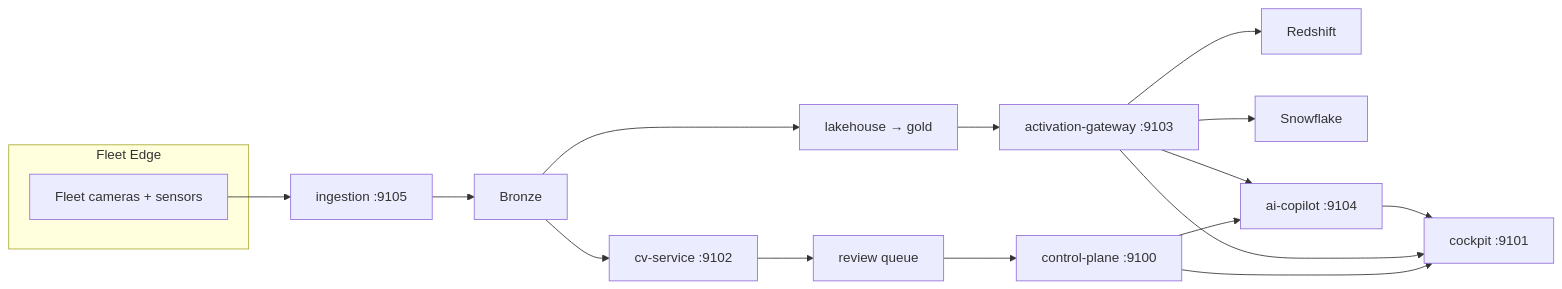
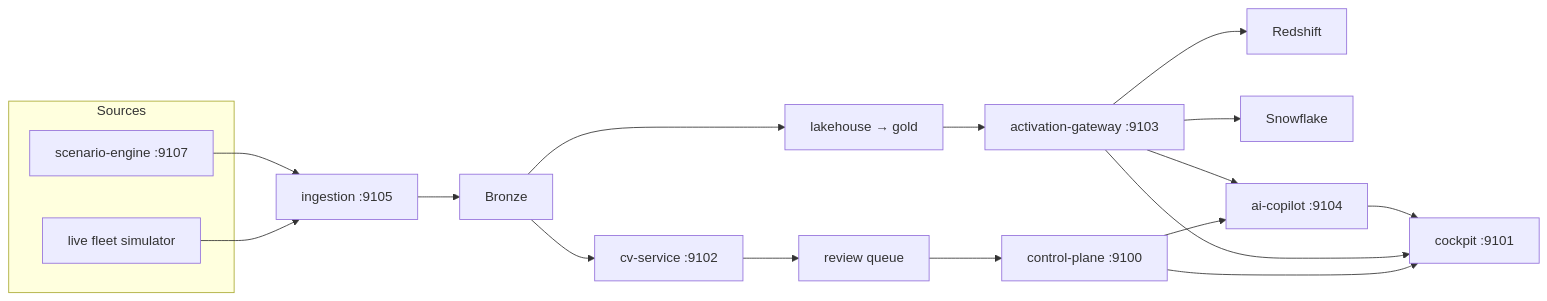
Before and after one commit to hamidmatiny/PRISM: the diagram in README.md, drawn with Mermaid. The commit also changed other lines of this file and 36 other files, not shown here.

First line of the commit message:
phase-12: scenario-engine seeded chaos source and ADR-005

````diff
--- a/README.md
+++ b/README.md
@@ -5,20 +5,22 @@
 ```mermaid
 flowchart LR
-  subgraph Edge["Fleet Edge"]
-    Cams["Fleet cameras + sensors"]
+  subgraph Sources["Sources"]
+    Cams["live fleet simulator"]
+    Scenario["scenario-engine :9107"]
   end
   Cams --> Ingest["ingestion :9105"]
+  Scenario --> Ingest
   Ingest --> Bronze["Bronze"]
   Bronze --> CV["cv-service :9102"]
   Bronze --> Lakehouse["lakehouse → gold"]
   CV --> ReviewQ["review queue"]
   ReviewQ --> CP["control-plane :9100"]
   Lakehouse --> Activation["activation-gateway :9103"]
   Activation --> RS["Redshift"]
   Activation --> SF["Snowflake"]
   CP --> Cockpit["cockpit :9101"]
   Activation --> Cockpit
   CP --> Copilot["ai-copilot :9104"]
   Activation --> Copilot
   Copilot --> Cockpit
 ```
````
